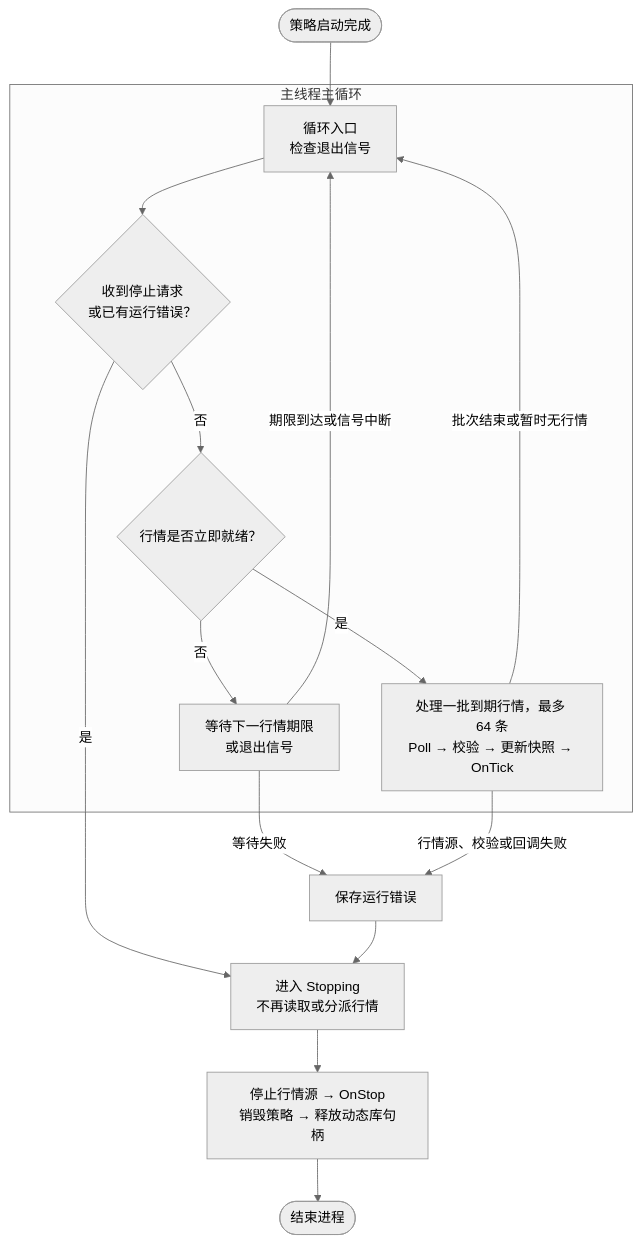
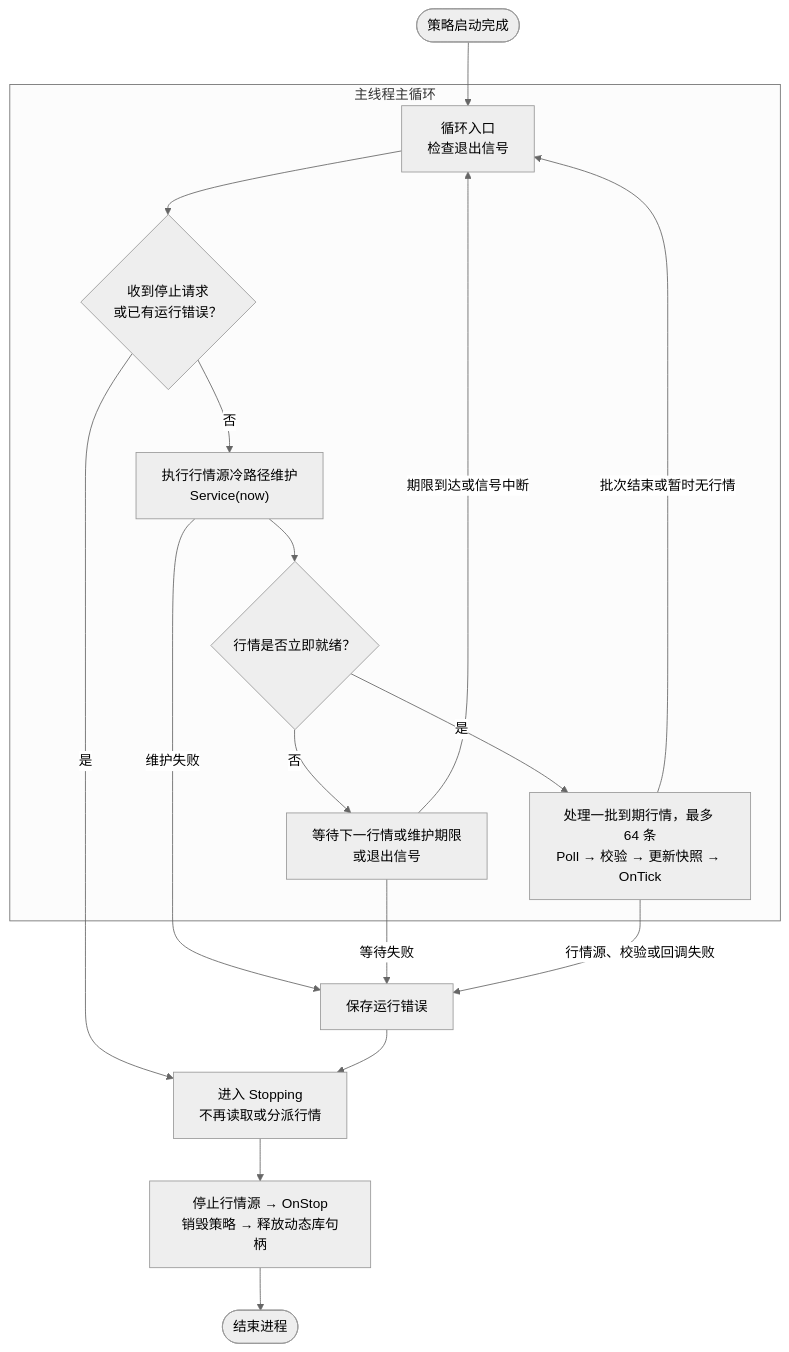
One commit to yizhenfei/yquant changed the diagram in docs/design/market-data.md. Above: the diagram before and after it, drawn with Mermaid (neutral theme). The commit also changed other lines of this file and 60 other files, not shown here.

````diff
--- a/docs/design/market-data.md
+++ b/docs/design/market-data.md
@@ -15,32 +15,35 @@
 ```mermaid
 flowchart TD
     START(["策略启动完成"])
 
     subgraph MAIN_LOOP["主线程主循环"]
         CHECK["循环入口<br/>检查退出信号"]
         STOPPING{"收到停止请求<br/>或已有运行错误？"}
+        SERVICE["执行行情源冷路径维护<br/>Service(now)"]
         READY{"行情是否立即就绪？"}
-        WAIT["等待下一行情期限<br/>或退出信号"]
+        WAIT["等待下一行情或维护期限<br/>或退出信号"]
         BATCH["处理一批到期行情，最多 64 条<br/>Poll → 校验 → 更新快照 → OnTick"]
 
         CHECK --> STOPPING
-        STOPPING -->|否| READY
+        STOPPING -->|否| SERVICE
+        SERVICE --> READY
         READY -->|否| WAIT
         READY -->|是| BATCH
         WAIT -->|期限到达或信号中断| CHECK
         BATCH -->|批次结束或暂时无行情| CHECK
     end
 
     ERROR["保存运行错误"]
     STOP["进入 Stopping<br/>不再读取或分派行情"]
     CLEANUP["停止行情源 → OnStop<br/>销毁策略 → 释放动态库句柄"]
     EXIT(["结束进程"])
 
     START --> CHECK
     STOPPING -->|是| STOP
+    SERVICE -->|维护失败| ERROR
     WAIT -->|等待失败| ERROR
     BATCH -->|行情源、校验或回调失败| ERROR
     ERROR --> STOP
     STOP --> CLEANUP
     CLEANUP --> EXIT
 ```
````
